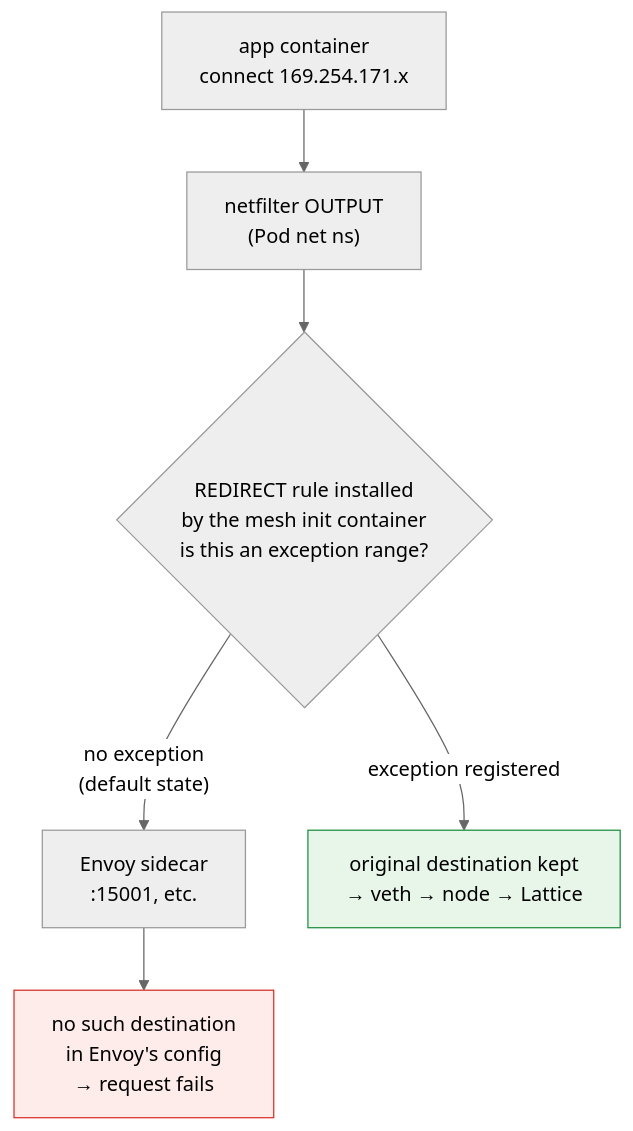
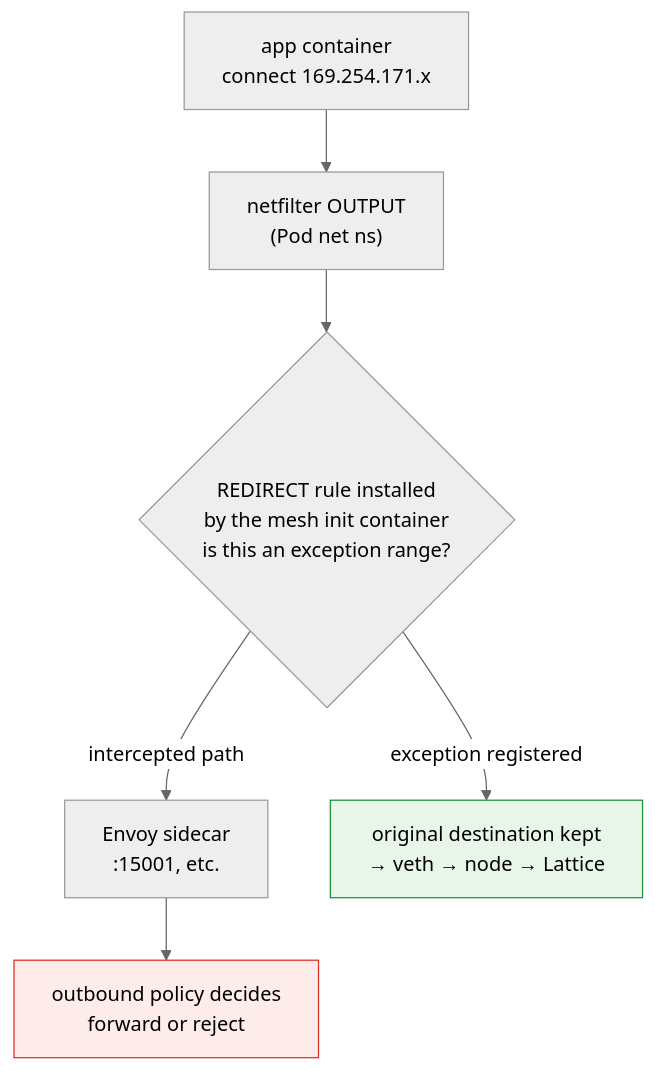
One commit to Atom-oh/kubernetes-docs changed the second of 3 diagrams in en/service-mesh/vpc-lattice/07-kernel-datapath.md. Above: the diagram before and after it, drawn with Mermaid (neutral theme). The commit also changed other lines of this file and 62 other files, not shown here.

````diff
--- a/en/service-mesh/vpc-lattice/07-kernel-datapath.md
+++ b/en/service-mesh/vpc-lattice/07-kernel-datapath.md
@@ -76,16 +76,16 @@
 ```mermaid
 graph TB
     APP2["app container<br/>connect 169.254.171.x"]
     OUT["netfilter OUTPUT<br/>(Pod net ns)"]
     CHK{"REDIRECT rule installed<br/>by the mesh init container<br/>is this an exception range?"}
     ENV["Envoy sidecar<br/>:15001, etc."]
-    FAIL["no such destination<br/>in Envoy's config<br/>→ request fails"]
+    FAIL["outbound policy decides<br/>forward or reject"]
     PASS["original destination kept<br/>→ veth → node → Lattice"]
 
     APP2 --> OUT --> CHK
-    CHK -->|"no exception<br/>(default state)"| ENV --> FAIL
+    CHK -->|"intercepted path"| ENV --> FAIL
     CHK -->|"exception registered"| PASS
 
     style FAIL fill:#fdecea,stroke:#d93025
     style PASS fill:#e8f5e9,stroke:#1e8e3e
 ```
````
